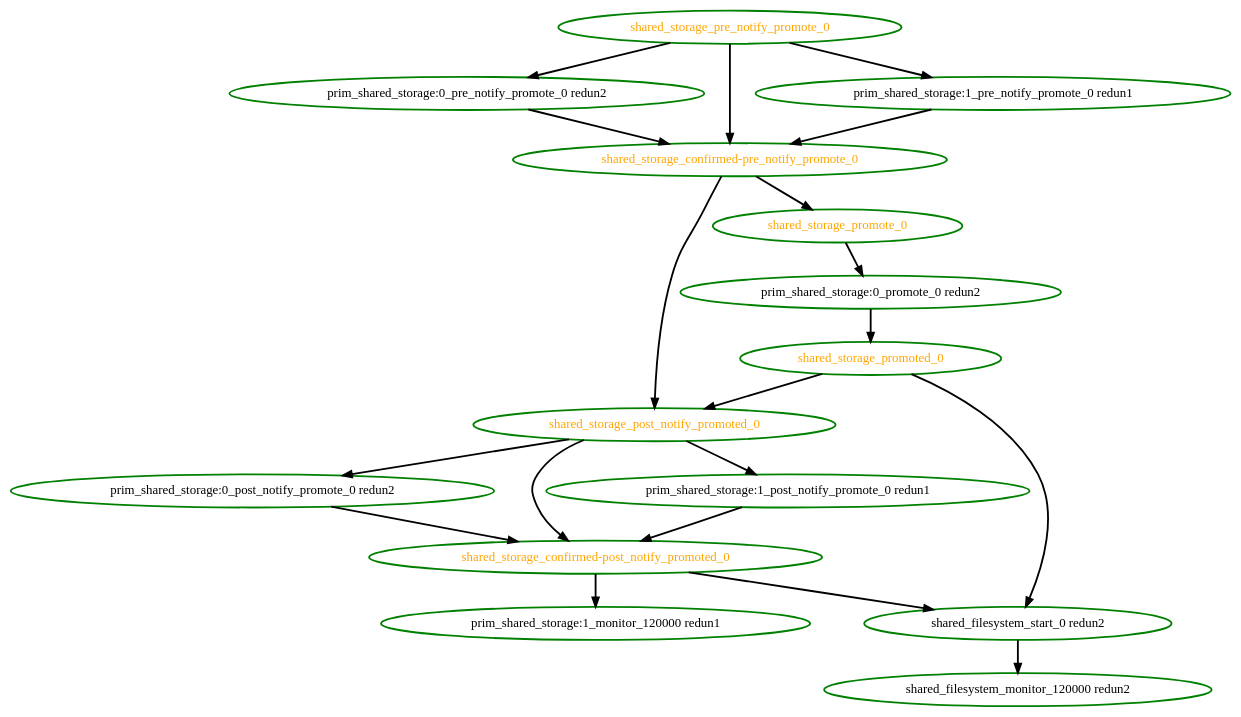
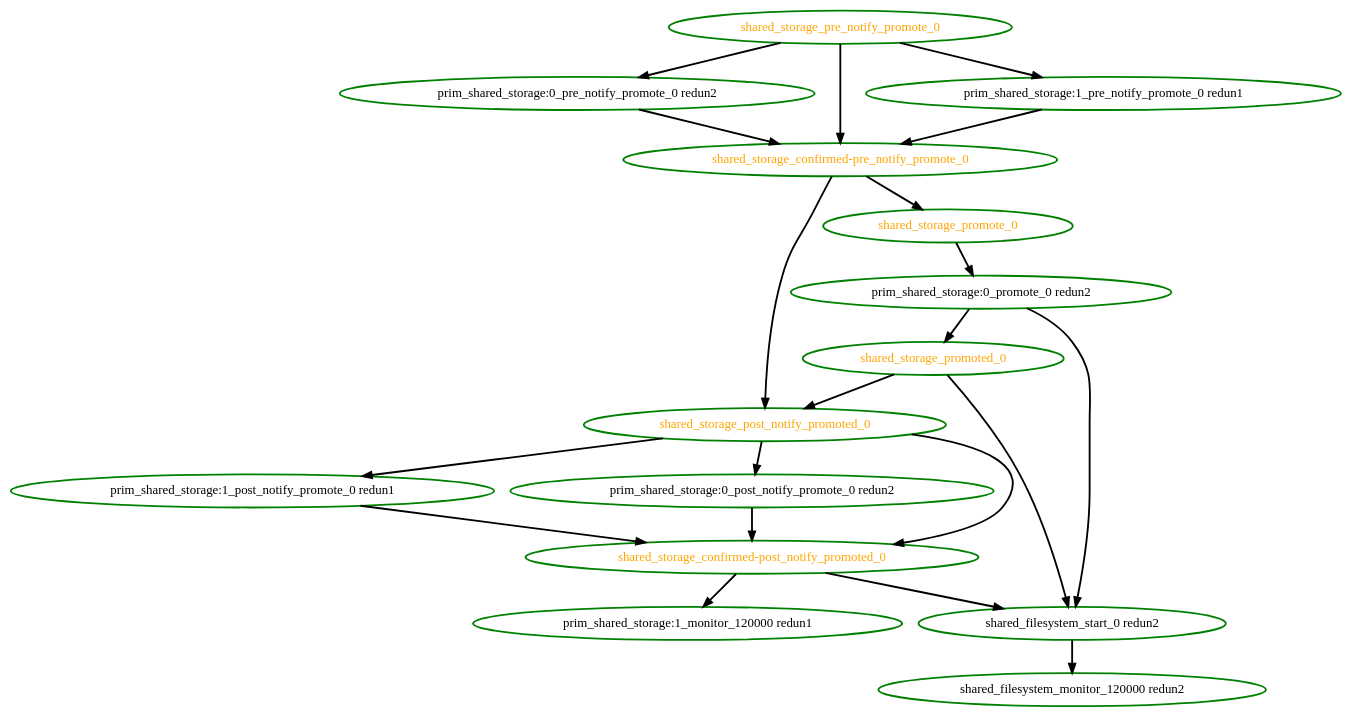
The diagram in pengine/test10/bug-1685.dot (linux-ha-japan/pm_diskd), drawn with Graphviz before and after one commit. The commit also changed 13 other files, not shown here.

```diff
--- a/pengine/test10/bug-1685.dot
+++ b/pengine/test10/bug-1685.dot
@@ -1,35 +1,36 @@
 digraph "g" {
 "prim_shared_storage:0_post_notify_promote_0 redun2" -> "shared_storage_confirmed-post_notify_promoted_0" [ style = bold]
 "prim_shared_storage:0_post_notify_promote_0 redun2" [ style=bold color="green" fontcolor="black"  ]
 "prim_shared_storage:0_pre_notify_promote_0 redun2" -> "shared_storage_confirmed-pre_notify_promote_0" [ style = bold]
 "prim_shared_storage:0_pre_notify_promote_0 redun2" [ style=bold color="green" fontcolor="black"  ]
+"prim_shared_storage:0_promote_0 redun2" -> "shared_filesystem_start_0 redun2" [ style = bold]
 "prim_shared_storage:0_promote_0 redun2" -> "shared_storage_promoted_0" [ style = bold]
 "prim_shared_storage:0_promote_0 redun2" [ style=bold color="green" fontcolor="black"  ]
 "prim_shared_storage:1_monitor_120000 redun1" [ style=bold color="green" fontcolor="black"  ]
 "prim_shared_storage:1_post_notify_promote_0 redun1" -> "shared_storage_confirmed-post_notify_promoted_0" [ style = bold]
 "prim_shared_storage:1_post_notify_promote_0 redun1" [ style=bold color="green" fontcolor="black"  ]
 "prim_shared_storage:1_pre_notify_promote_0 redun1" -> "shared_storage_confirmed-pre_notify_promote_0" [ style = bold]
 "prim_shared_storage:1_pre_notify_promote_0 redun1" [ style=bold color="green" fontcolor="black"  ]
 "shared_filesystem_monitor_120000 redun2" [ style=bold color="green" fontcolor="black"  ]
 "shared_filesystem_start_0 redun2" -> "shared_filesystem_monitor_120000 redun2" [ style = bold]
 "shared_filesystem_start_0 redun2" [ style=bold color="green" fontcolor="black"  ]
 "shared_storage_confirmed-post_notify_promoted_0" -> "prim_shared_storage:1_monitor_120000 redun1" [ style = bold]
 "shared_storage_confirmed-post_notify_promoted_0" -> "shared_filesystem_start_0 redun2" [ style = bold]
 "shared_storage_confirmed-post_notify_promoted_0" [ style=bold color="green" fontcolor="orange"  ]
 "shared_storage_confirmed-pre_notify_promote_0" -> "shared_storage_post_notify_promoted_0" [ style = bold]
 "shared_storage_confirmed-pre_notify_promote_0" -> "shared_storage_promote_0" [ style = bold]
 "shared_storage_confirmed-pre_notify_promote_0" [ style=bold color="green" fontcolor="orange"  ]
 "shared_storage_post_notify_promoted_0" -> "prim_shared_storage:0_post_notify_promote_0 redun2" [ style = bold]
 "shared_storage_post_notify_promoted_0" -> "prim_shared_storage:1_post_notify_promote_0 redun1" [ style = bold]
 "shared_storage_post_notify_promoted_0" -> "shared_storage_confirmed-post_notify_promoted_0" [ style = bold]
 "shared_storage_post_notify_promoted_0" [ style=bold color="green" fontcolor="orange"  ]
 "shared_storage_pre_notify_promote_0" -> "prim_shared_storage:0_pre_notify_promote_0 redun2" [ style = bold]
 "shared_storage_pre_notify_promote_0" -> "prim_shared_storage:1_pre_notify_promote_0 redun1" [ style = bold]
 "shared_storage_pre_notify_promote_0" -> "shared_storage_confirmed-pre_notify_promote_0" [ style = bold]
 "shared_storage_pre_notify_promote_0" [ style=bold color="green" fontcolor="orange"  ]
 "shared_storage_promote_0" -> "prim_shared_storage:0_promote_0 redun2" [ style = bold]
 "shared_storage_promote_0" [ style=bold color="green" fontcolor="orange"  ]
 "shared_storage_promoted_0" -> "shared_filesystem_start_0 redun2" [ style = bold]
 "shared_storage_promoted_0" -> "shared_storage_post_notify_promoted_0" [ style = bold]
 "shared_storage_promoted_0" [ style=bold color="green" fontcolor="orange"  ]
 }
```
